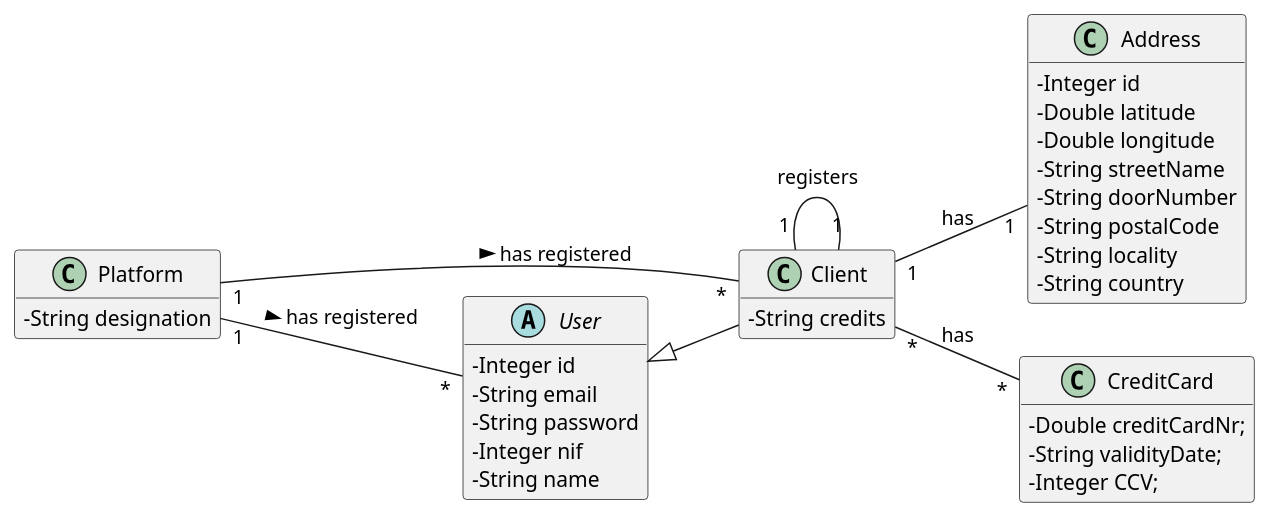
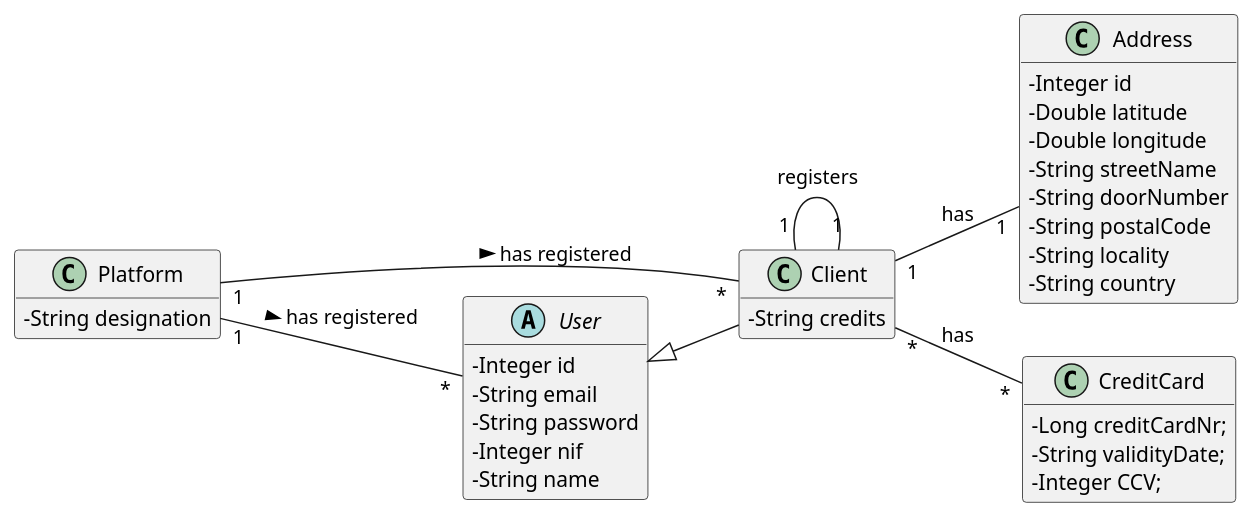
Before and after one commit to tiagoavcosta25/LAPR3: the diagram in docs/Iteration 1/User Management/US18_RegisterClient/US18_DM.puml, drawn with PlantUML. The commit also changed 9 other files, not shown here.

```diff
--- a/docs/Iteration 1/User Management/US18_RegisterClient/US18_DM.puml
+++ b/docs/Iteration 1/User Management/US18_RegisterClient/US18_DM.puml
@@ -1,48 +1,48 @@
 @startuml
 skinparam classAttributeIconSize 0
 hide methods
 left to right direction
 
 class Platform {
 -   String designation
 }
 
 class Client{
 -String credits
 }
 
 abstract class User{
 -Integer id
 -String email
 -String password
 -Integer nif
 -String name
 }
 
 class Address{
 -Integer id
 -Double latitude
 -Double longitude
 -String streetName
 -String doorNumber
 -String postalCode
 -String locality
 -String country
 }
 
 class CreditCard{
--Double creditCardNr;
+-Long creditCardNr;
 -String validityDate;
 -Integer CCV;
 +CreditCard(creditCardNr,validityDate,CCV)
 }
 
 class Client extends User
 
 
 Client "1" -- "1" Client : registers
 Client "1" -- "1" Address : has
 Client "*" -- "*" CreditCard : has
 Platform "1" -- "*" Client : has registered >
 Platform "1" -- "*" User : has registered >
 @enduml
```
